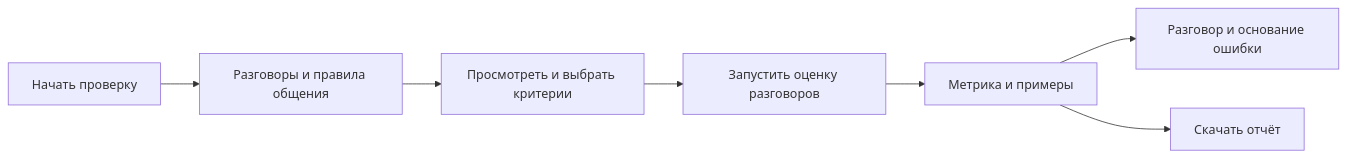
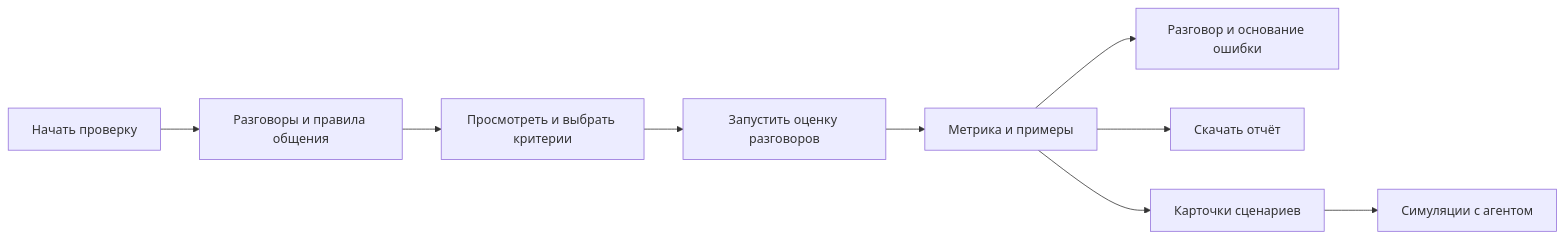
Before and after one commit to OmgiKikov/Agent-Lab: the diagram in docs/frontend/TONE_OF_VOICE_FLOW.md, drawn with Mermaid. The commit also changed other lines of this file and 13 other files, not shown here.

````diff
--- a/docs/frontend/TONE_OF_VOICE_FLOW.md
+++ b/docs/frontend/TONE_OF_VOICE_FLOW.md
@@ -7,9 +9,11 @@
 ```mermaid
 flowchart LR
   A[Начать проверку] --> B[Разговоры и правила общения]
   B --> C[Просмотреть и выбрать критерии]
   C --> D[Запустить оценку разговоров]
   D --> E[Метрика и примеры]
   E --> F[Разговор и основание ошибки]
   E --> G[Скачать отчёт]
+  E --> H[Карточки сценариев]
+  H --> I[Симуляции с агентом]
 ```
````
